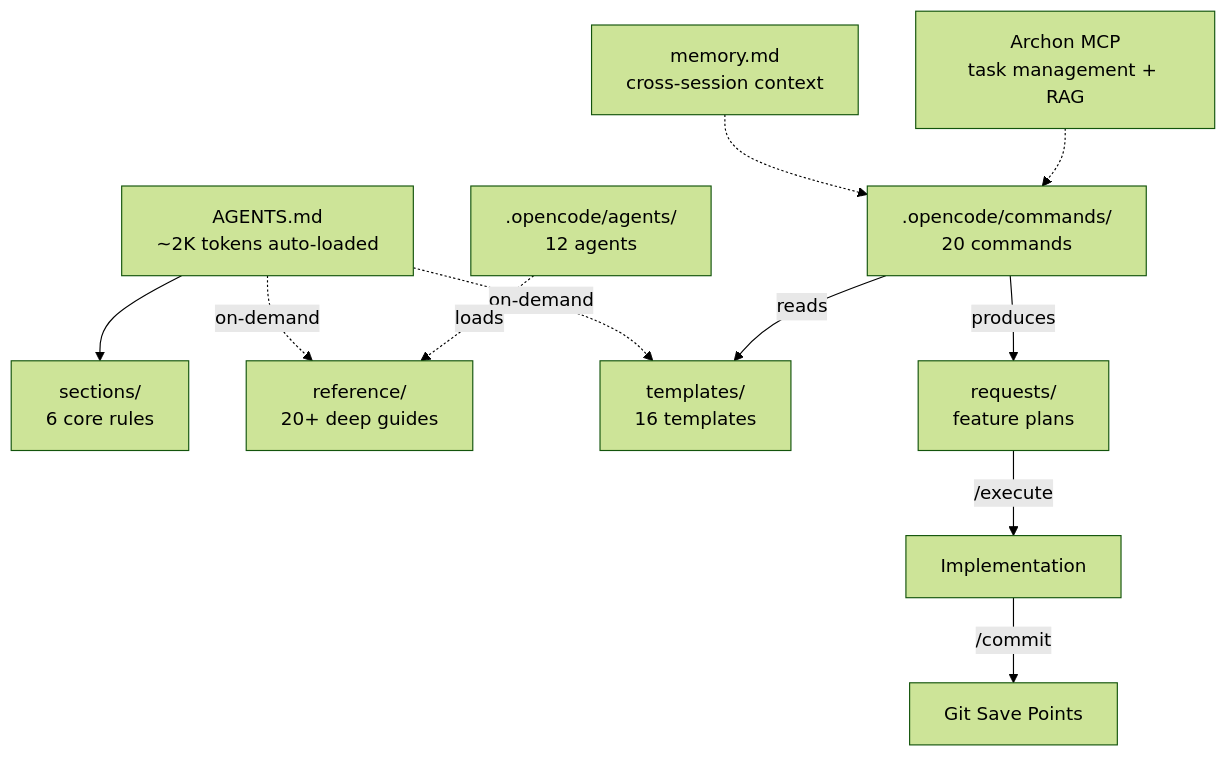
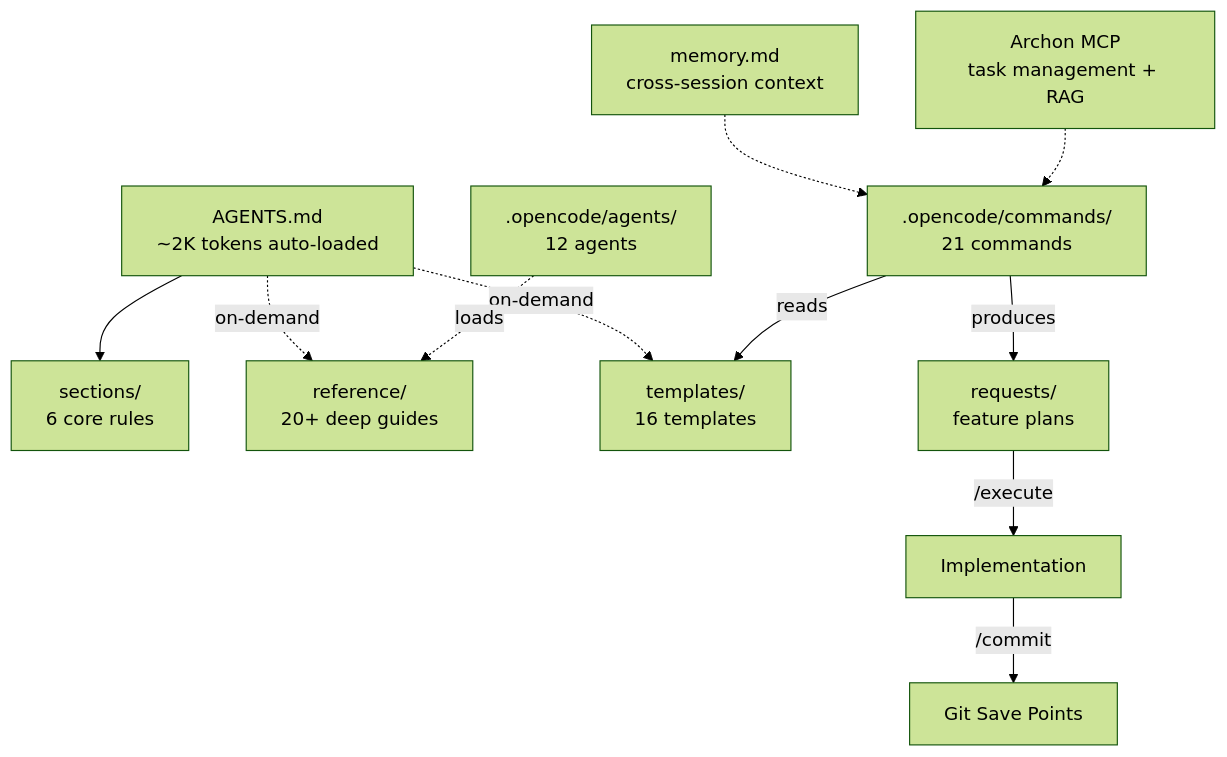
One commit to ryanjosebrosas/original-coding-system changed the second of 2 diagrams in README.md. Above: the diagram before and after it, drawn with Mermaid (forest theme). The commit also changed other lines of this file and 53 other files, not shown here.

````diff
--- a/README.md
+++ b/README.md
@@ -46,17 +46,17 @@
 ```mermaid
 graph TD
     AGENTS["AGENTS.md<br/>~2K tokens auto-loaded"] --> S["sections/<br/>6 core rules"]
     AGENTS -.->|"on-demand"| R["reference/<br/>20+ deep guides"]
     AGENTS -.->|"on-demand"| T["templates/<br/>16 templates"]
 
-    CMD[".opencode/commands/<br/>20 commands"] -->|"reads"| T
+    CMD[".opencode/commands/<br/>21 commands"] -->|"reads"| T
     CMD -->|"produces"| REQ["requests/<br/>feature plans"]
 
     AG[".opencode/agents/<br/>12 agents"] -.->|"loads"| R
 
     MEM["memory.md<br/>cross-session context"] -.-> CMD
     ARCHON["Archon MCP<br/>task management + RAG"] -.-> CMD
 
     REQ -->|"/execute"| IMPL["Implementation"]
     IMPL -->|"/commit"| GIT["Git Save Points"]
 ```
````
